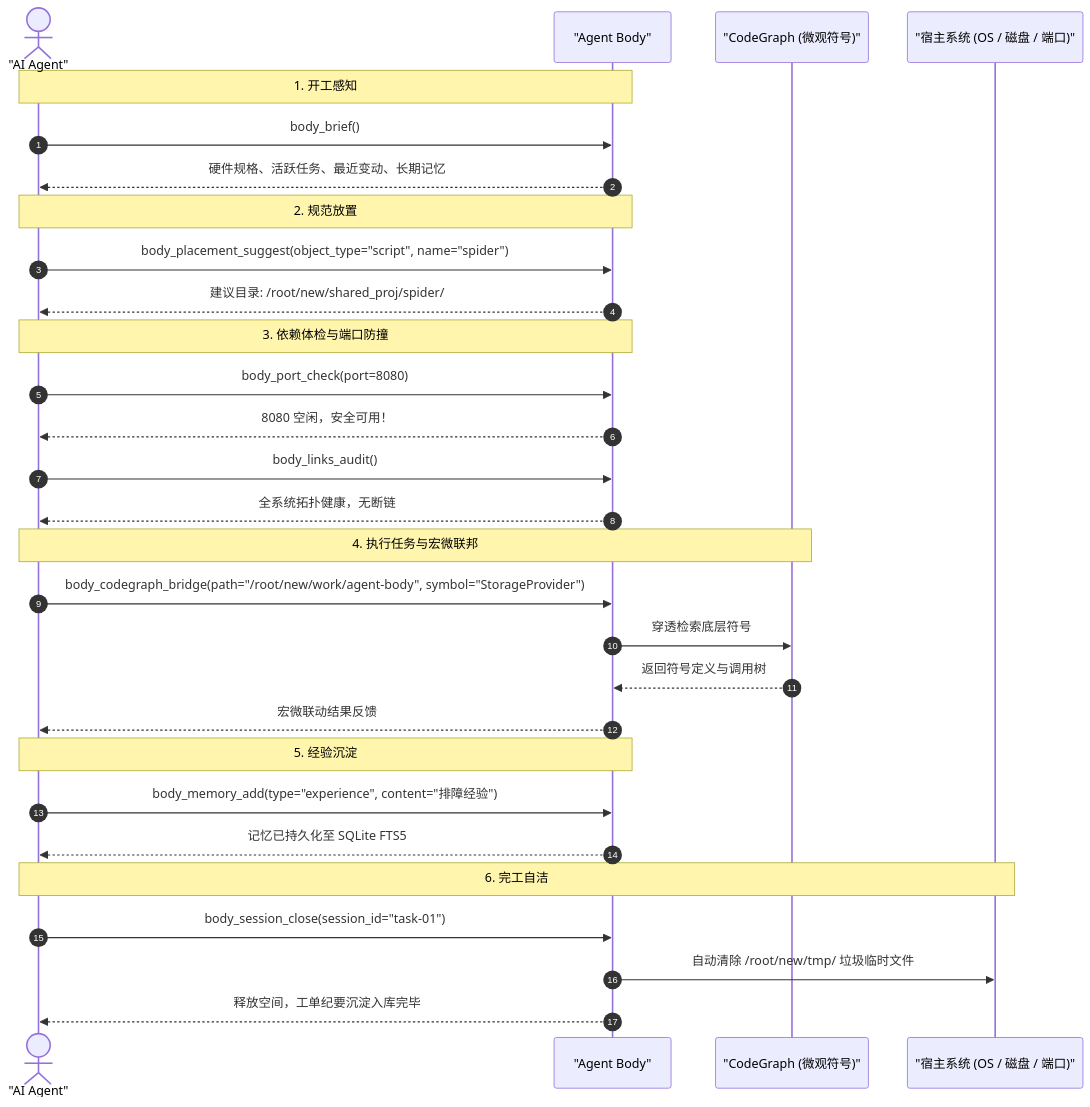
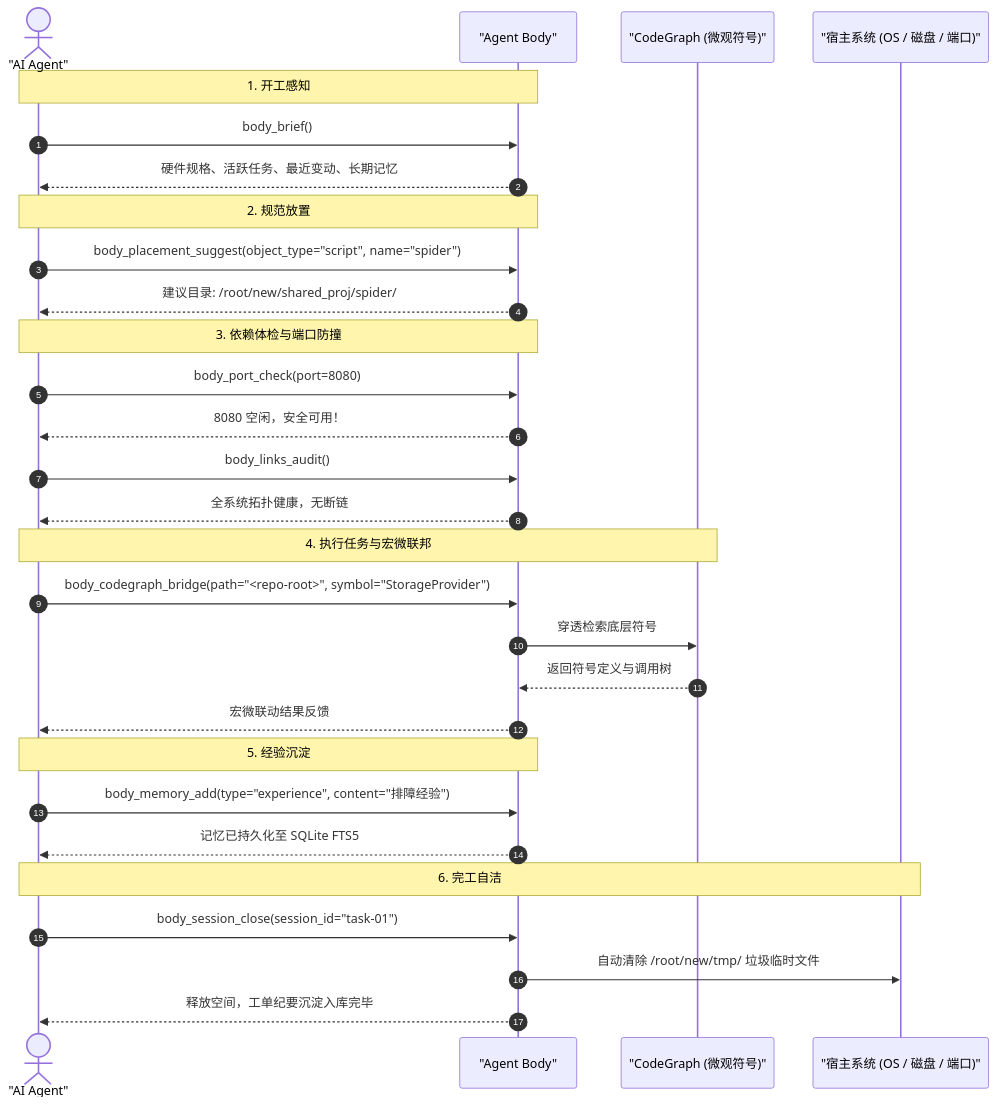
One commit to digoal/agent-body changed the diagram in skills/agent-body-guide/SKILL.md. Above: the diagram before and after it, drawn with Mermaid. The commit also changed other lines of this file and 11 other files, not shown here.

````diff
--- a/skills/agent-body-guide/SKILL.md
+++ b/skills/agent-body-guide/SKILL.md
@@ -338,37 +339,37 @@
 ```mermaid
 sequenceDiagram
     autonumber
     actor Agent as "AI Agent"
     participant S as "Agent Body"
     participant CG as "CodeGraph (微观符号)"
     participant Host as "宿主系统 (OS / 磁盘 / 端口)"
 
     Note over Agent, S: 1. 开工感知
     Agent->>S: body_brief()
     S-->>Agent: 硬件规格、活跃任务、最近变动、长期记忆
 
     Note over Agent, S: 2. 规范放置
     Agent->>S: body_placement_suggest(object_type="script", name="spider")
     S-->>Agent: 建议目录: /root/new/shared_proj/spider/
 
     Note over Agent, S: 3. 依赖体检与端口防撞
     Agent->>S: body_port_check(port=8080)
     S-->>Agent: 8080 空闲，安全可用！
     Agent->>S: body_links_audit()
     S-->>Agent: 全系统拓扑健康，无断链
 
     Note over Agent, CG: 4. 执行任务与宏微联邦
-    Agent->>S: body_codegraph_bridge(path="/root/new/work/agent-body", symbol="StorageProvider")
+    Agent->>S: body_codegraph_bridge(path="<repo-root>", symbol="StorageProvider")
     S->>CG: 穿透检索底层符号
     CG-->>S: 返回符号定义与调用树
     S-->>Agent: 宏微联动结果反馈
 
     Note over Agent, S: 5. 经验沉淀
     Agent->>S: body_memory_add(type="experience", content="排障经验")
     S-->>Agent: 记忆已持久化至 SQLite FTS5
 
     Note over Agent, Host: 6. 完工自洁
     Agent->>S: body_session_close(session_id="task-01")
     S->>Host: 自动清除 /root/new/tmp/ 垃圾临时文件
     S-->>Agent: 释放空间，工单纪要沉淀入库完毕
 ```
````
